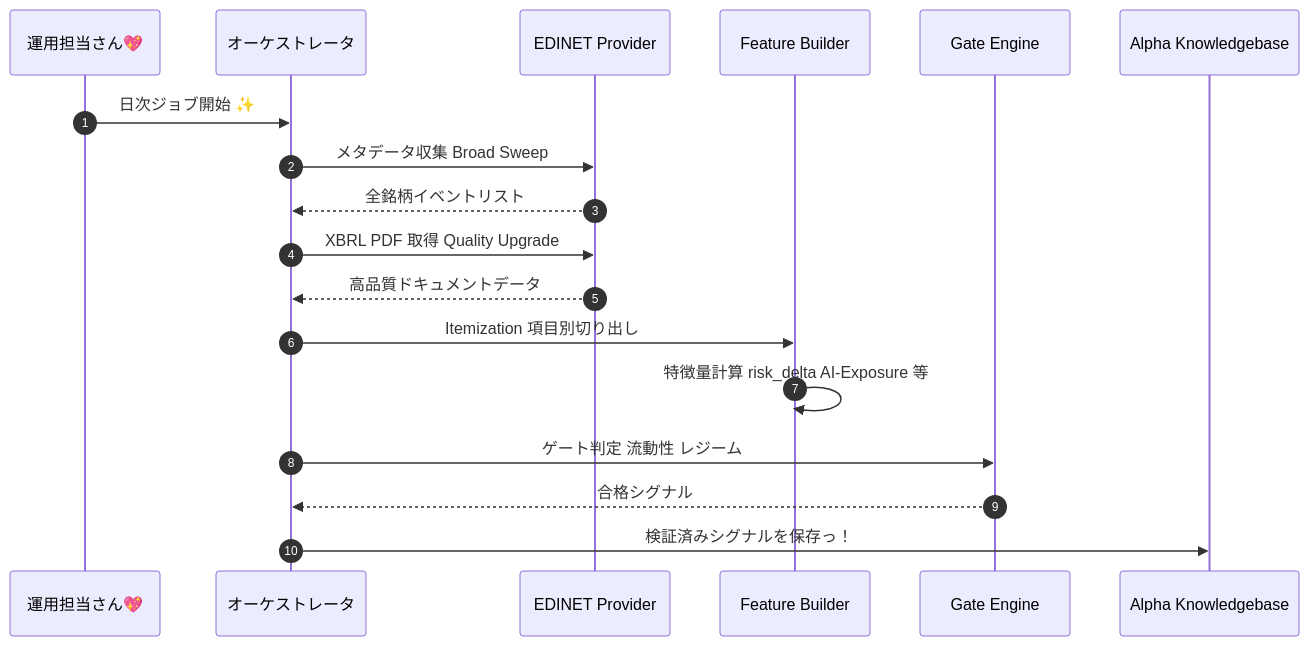
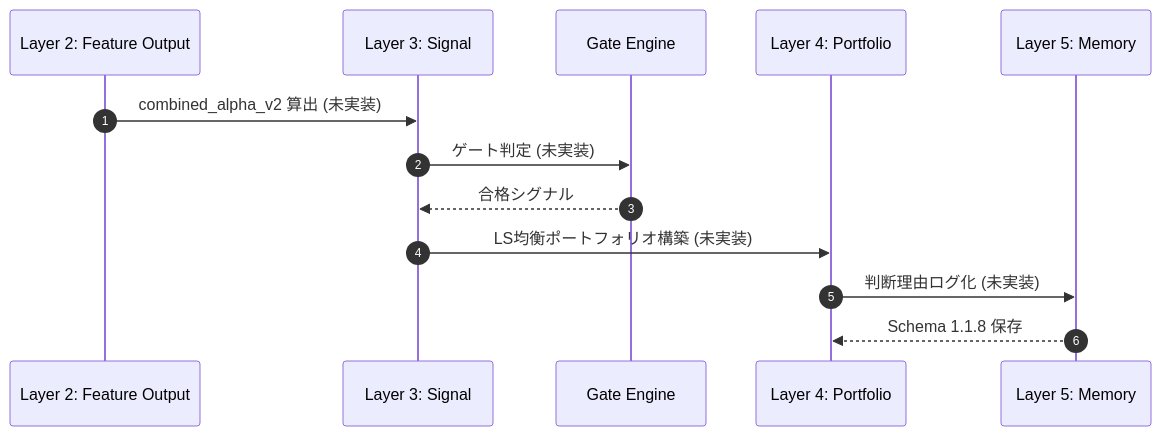
One commit to KAFKA2306/investor2 changed the second of 2 diagrams in docs/specs/EDINET.md. Above: the diagram before and after it, drawn with Mermaid. The commit also changed other lines of this file and 6 other files, not shown here.

````diff
--- a/docs/specs/EDINET.md
+++ b/docs/specs/EDINET.md
@@ -17,21 +35,16 @@
 ```mermaid
 sequenceDiagram
     autonumber
-    participant Ops as 運用担当さん💖
-    participant Orchestrator as オーケストレータ
-    participant EDINET as EDINET Provider
-    participant FE as Feature Builder
+    participant FE as Layer 2: Feature Output
+    participant Signal as Layer 3: Signal
     participant GE as Gate Engine
-    participant KB as Alpha Knowledgebase
+    participant Portfolio as Layer 4: Portfolio
+    participant Memory as Layer 5: Memory
 
-    Ops->>Orchestrator: 日次ジョブ開始 ✨
-    Orchestrator->>EDINET: メタデータ収集 Broad Sweep
-    EDINET-->>Orchestrator: 全銘柄イベントリスト
-    Orchestrator->>EDINET: XBRL PDF 取得 Quality Upgrade
-    EDINET-->>Orchestrator: 高品質ドキュメントデータ
-    Orchestrator->>FE: Itemization 項目別切り出し
-    FE->>FE: 特徴量計算 risk_delta AI-Exposure 等
-    Orchestrator->>GE: ゲート判定 流動性 レジーム
-    GE-->>Orchestrator: 合格シグナル
-    Orchestrator->>KB: 検証済みシグナルを保存っ！
+    FE->>Signal: combined_alpha_v2 算出 (未実装)
+    Signal->>GE: ゲート判定 (未実装)
+    GE-->>Signal: 合格シグナル
+    Signal->>Portfolio: LS均衡ポートフォリオ構築 (未実装)
+    Portfolio->>Memory: 判断理由ログ化 (未実装)
+    Memory-->>Portfolio: Schema 1.1.8 保存
 ```
````
